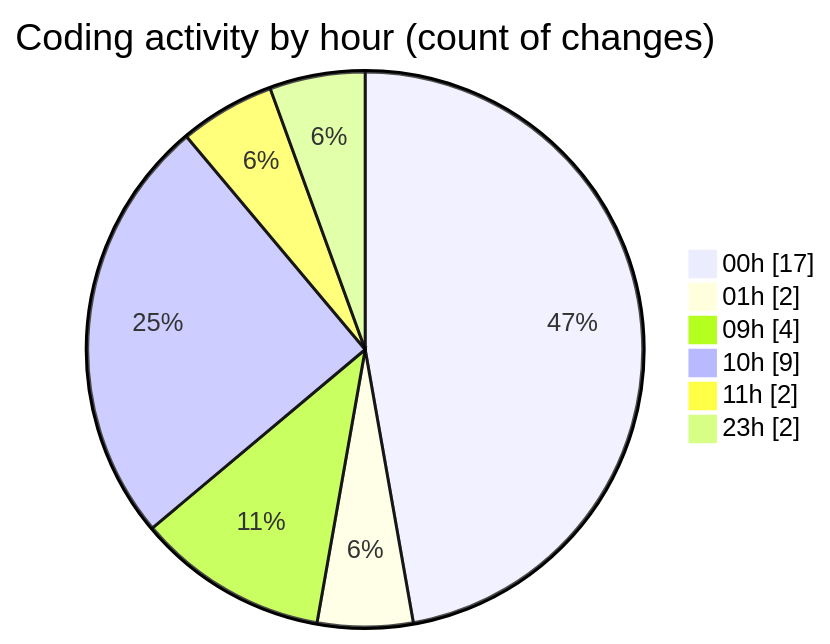
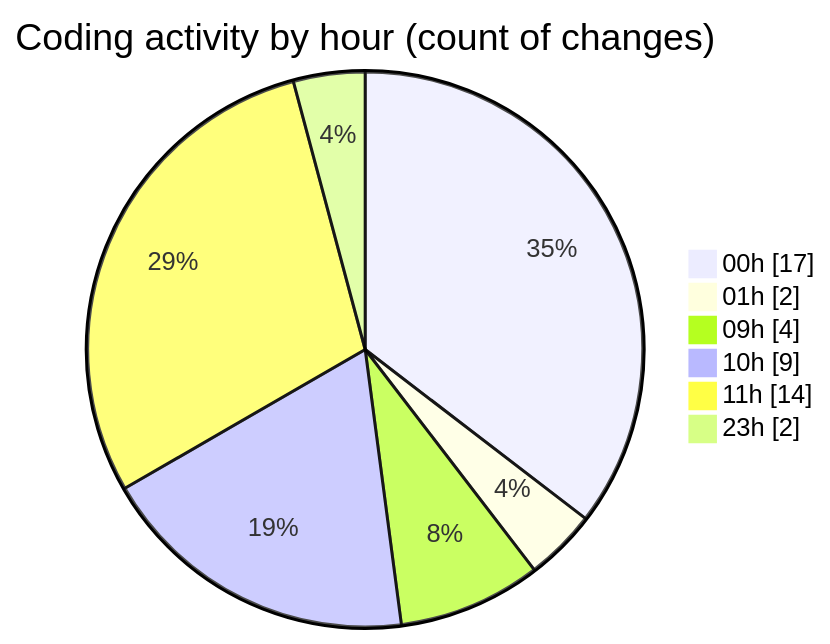
One commit to julien-gomy/code-tracking changed the second of 2 diagrams in 2025-10-29/eventscop-frontend-guide__workspace_/README.md. Above: the diagram before and after it, drawn with Mermaid. The commit also changed other lines of this file and 1 other file, not shown here.

````diff
--- a/2025-10-29/eventscop-frontend-guide__workspace_/README.md
+++ b/2025-10-29/eventscop-frontend-guide__workspace_/README.md
@@ -43,10 +44,10 @@
 ```mermaid
 pie showData
 title Coding activity by hour (count of changes)
 "00h" : 17
 "01h" : 2
 "09h" : 4
 "10h" : 9
-"11h" : 2
+"11h" : 14
 "23h" : 2
 ```
````
